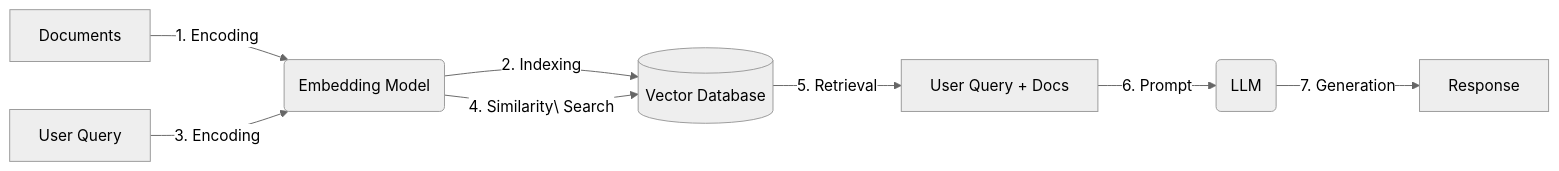
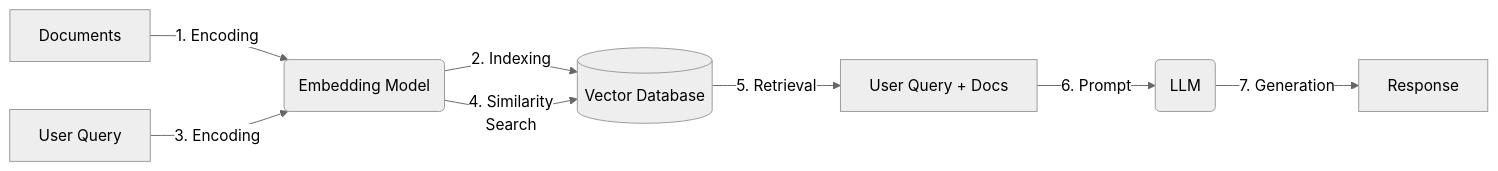
One commit to sydznl/LADP changed the diagram in Module_2/README.md. Above: the diagram before and after it, drawn with Mermaid (neutral theme).

````diff
--- a/Module_2/README.md
+++ b/Module_2/README.md
@@ -21,10 +21,10 @@
 ```mermaid
 graph LR
     A[Documents] -->|1. Encoding| C(Embedding Model)
     B[User Query] -->|3. Encoding| C
     C -->|2. Indexing| D[(Vector Database)]
-    C -->|4. Similarity\ Search| D
+    C -->|4. Similarity<br/>Search| D
     D -->|5. Retrieval| E[User Query + Docs]
     E -->|6. Prompt| F(LLM)
     F -->|7. Generation| G[Response]
 ```
````
